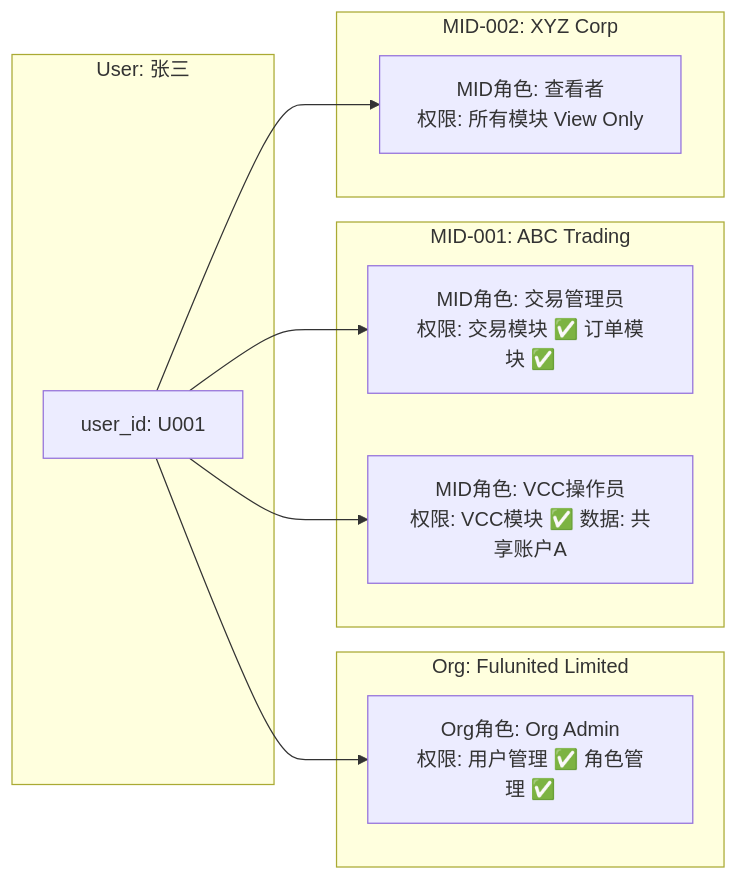
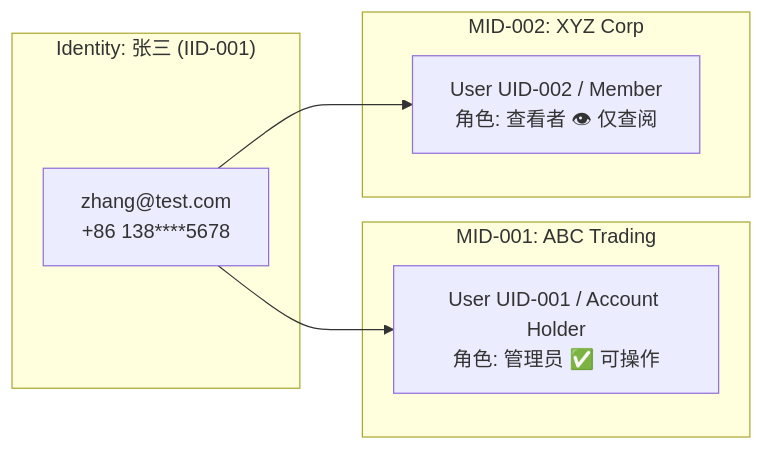
One commit to xiaoxiaoangie/EX-NEW changed the third of 13 diagrams in USERPERMISSIONS/prd/Users-Roles-Permissions.md. Above: the diagram before and after it, drawn with Mermaid. The commit also changed other lines of this file and 30 other files, not shown here.

````diff
--- a/USERPERMISSIONS/prd/Users-Roles-Permissions.md
+++ b/USERPERMISSIONS/prd/Users-Roles-Permissions.md
@@ -192,24 +243,17 @@
 ```mermaid
 graph LR
-    subgraph "User: 张三"
-        U1[user_id: U001]
-    end
-
-    subgraph "Org: Fulunited Limited"
-        OR1["Org角色: Org Admin<br/>权限: 用户管理 ✅ 角色管理 ✅"]
+    subgraph "Identity: 张三 (IID-001)"
+        I1["zhang@test.com<br/>+86 138****5678"]
     end
 
     subgraph "MID-001: ABC Trading"
-        MR1["MID角色: 交易管理员<br/>权限: 交易模块 ✅ 订单模块 ✅"]
-        MR1b["MID角色: VCC操作员<br/>权限: VCC模块 ✅ 数据: 共享账户A"]
+        U1["User UID-001 / Account Holder<br/>角色: 管理员 ✅ 可操作"]
     end
 
     subgraph "MID-002: XYZ Corp"
-        MR2["MID角色: 查看者<br/>权限: 所有模块 View Only"]
+        U2["User UID-002 / Member<br/>角色: 查看者 👁 仅查阅"]
     end
 
-    U1 --> OR1
-    U1 --> MR1
-    U1 --> MR1b
-    U1 --> MR2
+    I1 --> U1
+    I1 --> U2
 ```
````
